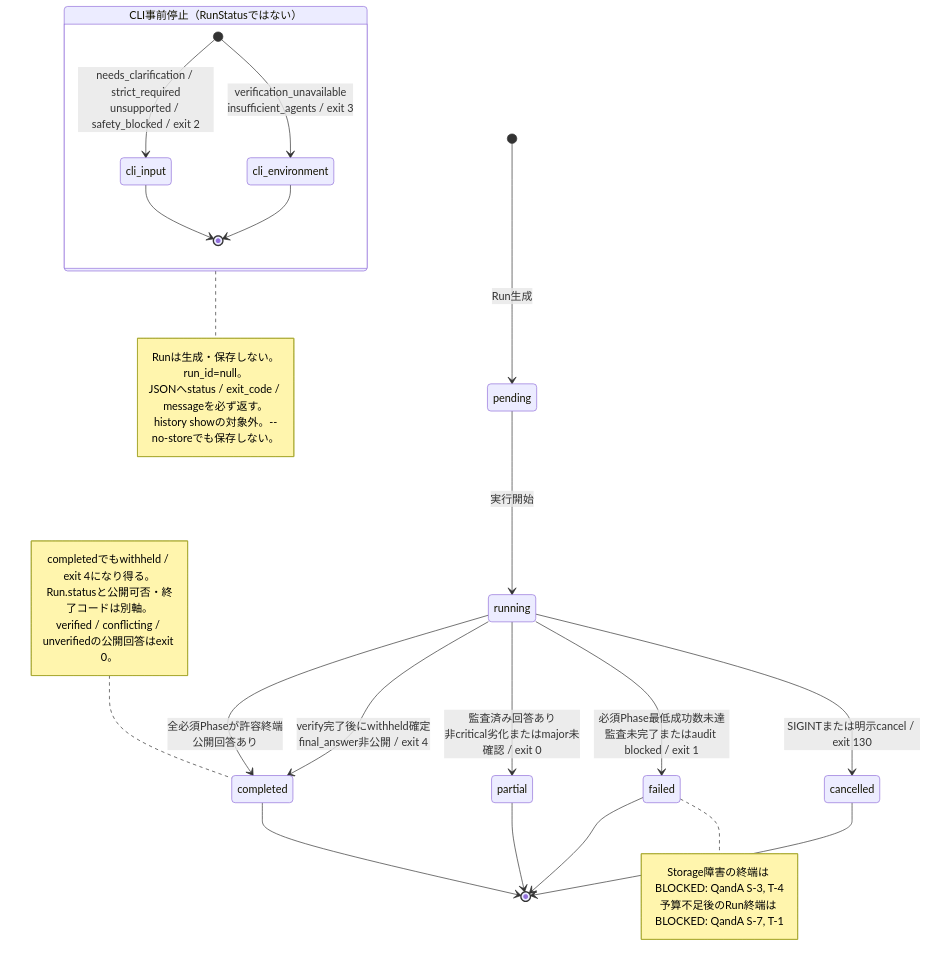
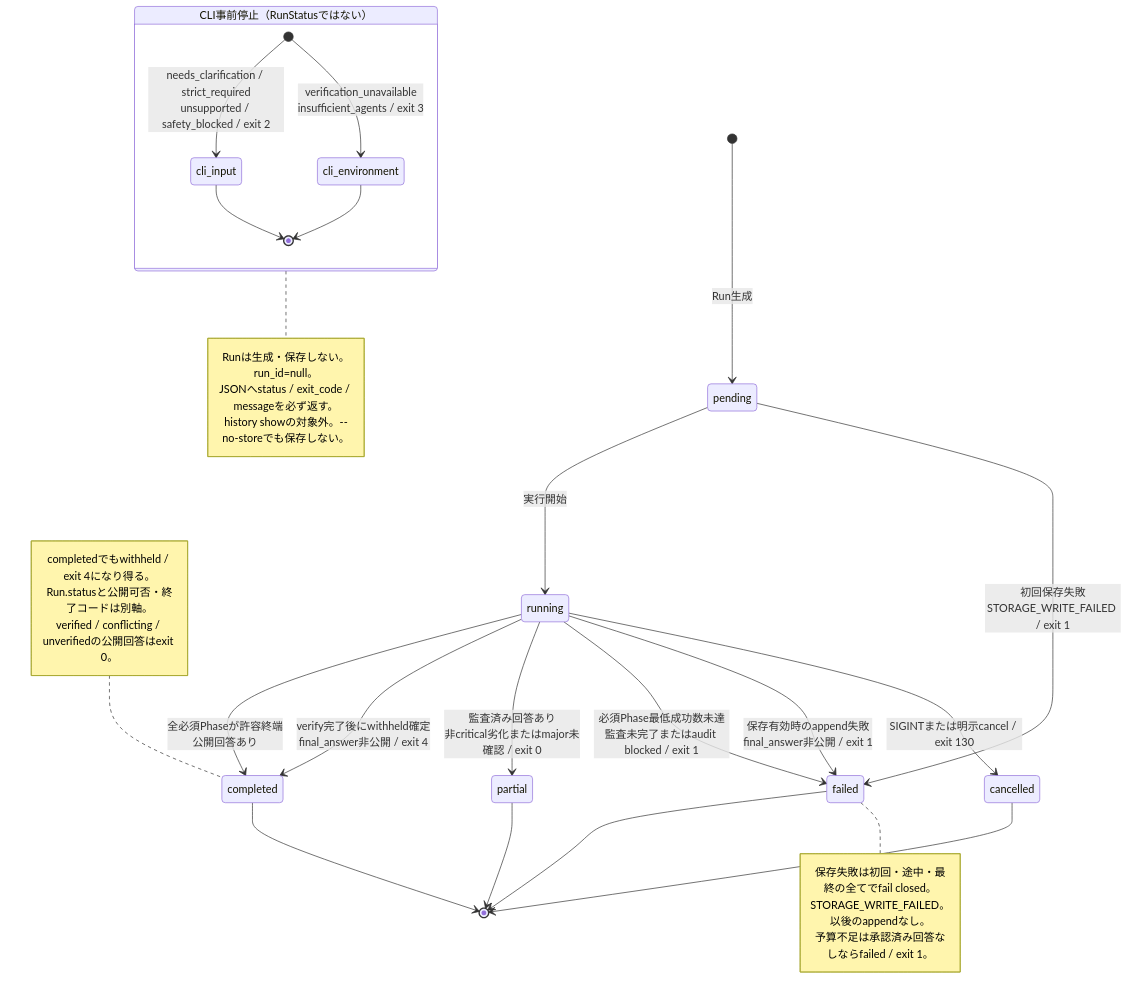
One commit to garyohosu/OracleCouncil changed the first of 6 diagrams in STATE.md. Above: the diagram before and after it, drawn with Mermaid. The commit also changed other lines of this file and 5 other files, not shown here.

````diff
--- a/STATE.md
+++ b/STATE.md
@@ -12,38 +12,41 @@
 ```mermaid
 stateDiagram-v2
     [*] --> pending: Run生成
     pending --> running: 実行開始
+    pending --> failed: 初回保存失敗<br/>STORAGE_WRITE_FAILED / exit 1
 
     running --> completed: 全必須Phaseが許容終端<br/>公開回答あり
     running --> completed: verify完了後にwithheld確定<br/>final_answer非公開 / exit 4
     running --> partial: 監査済み回答あり<br/>非critical劣化またはmajor未確認 / exit 0
     running --> failed: 必須Phase最低成功数未達<br/>監査未完了またはaudit blocked / exit 1
+    running --> failed: 保存有効時のappend失敗<br/>final_answer非公開 / exit 1
     running --> cancelled: SIGINTまたは明示cancel / exit 130
 
     completed --> [*]
     partial --> [*]
     failed --> [*]
     cancelled --> [*]
 
     state "CLI事前停止（RunStatusではない）" as preflight {
         [*] --> cli_input: needs_clarification / strict_required<br/>unsupported / safety_blocked / exit 2
         [*] --> cli_environment: verification_unavailable<br/>insufficient_agents / exit 3
         cli_input --> [*]
         cli_environment --> [*]
     }
 
     note right of preflight
       Runは生成・保存しない。run_id=null。
       JSONへstatus / exit_code / messageを必ず返す。
       history showの対象外。--no-storeでも保存しない。
     end note
     note right of failed
-      Storage障害の終端は BLOCKED: QandA S-3, T-4
-      予算不足後のRun終端は BLOCKED: QandA S-7, T-1
+      保存失敗は初回・途中・最終の全てでfail closed。
+      STORAGE_WRITE_FAILED。以後のappendなし。
+      予算不足は承認済み回答なしならfailed / exit 1。
     end note
     note left of completed
       completedでもwithheld / exit 4になり得る。
       Run.statusと公開可否・終了コードは別軸。
       verified / conflicting / unverifiedの公開回答はexit 0。
     end note
 ```
````
